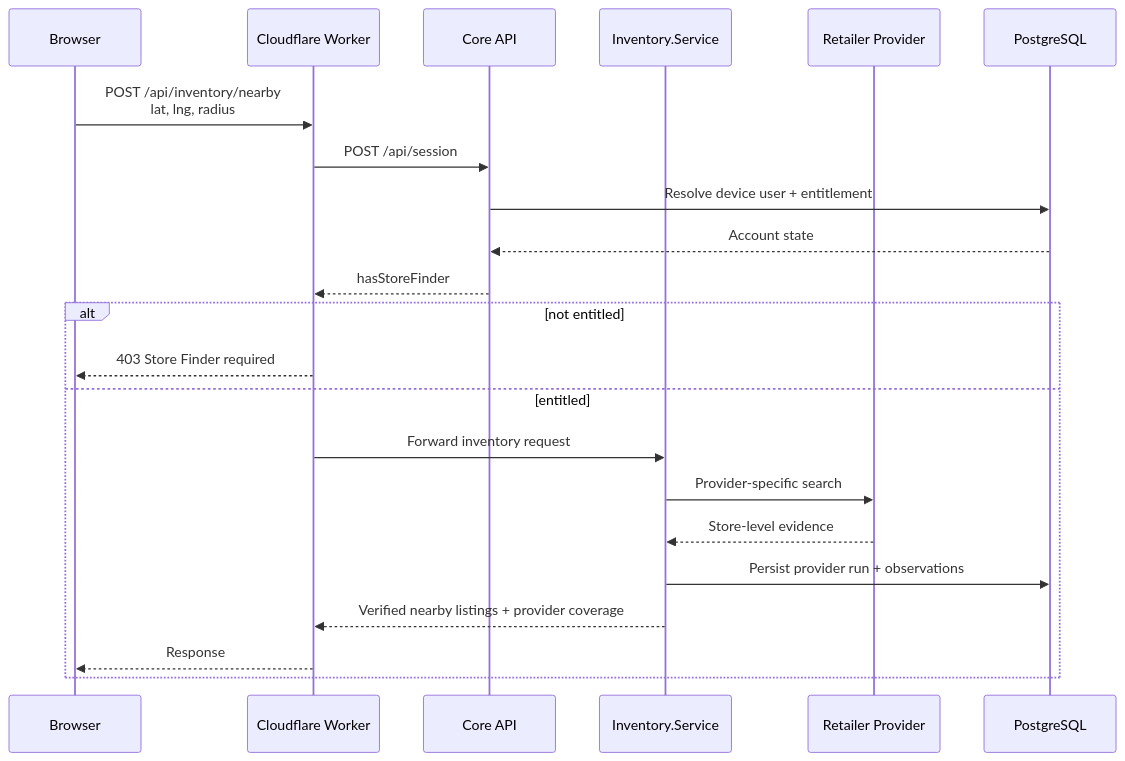
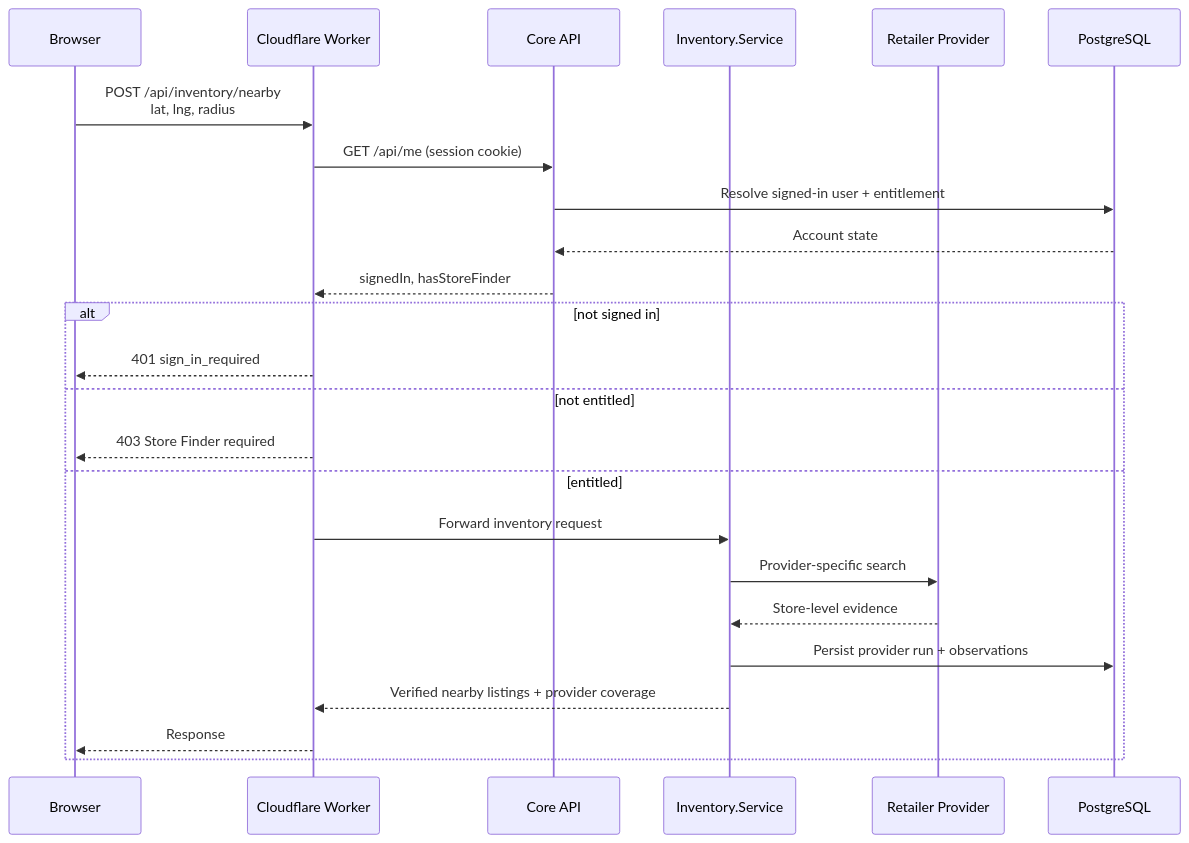
Before and after one commit to poker-kid-100717/tcg: the fourth of 5 diagrams in README.md, drawn with Mermaid. The commit also changed other lines of this file, not shown here.

````diff
--- a/README.md
+++ b/README.md
@@ -173,26 +175,28 @@
 ```mermaid
 sequenceDiagram
     participant B as Browser
     participant W as Cloudflare Worker
     participant C as Core API
     participant I as Inventory.Service
     participant R as Retailer Provider
     participant D as PostgreSQL
 
     B->>W: POST /api/inventory/nearby<br/>lat, lng, radius
-    W->>C: POST /api/session
-    C->>D: Resolve device user + entitlement
+    W->>C: GET /api/me (session cookie)
+    C->>D: Resolve signed-in user + entitlement
     D-->>C: Account state
-    C-->>W: hasStoreFinder
+    C-->>W: signedIn, hasStoreFinder
 
-    alt not entitled
+    alt not signed in
+        W-->>B: 401 sign_in_required
+    else not entitled
         W-->>B: 403 Store Finder required
     else entitled
         W->>I: Forward inventory request
         I->>R: Provider-specific search
         R-->>I: Store-level evidence
         I->>D: Persist provider run + observations
         I-->>W: Verified nearby listings + provider coverage
         W-->>B: Response
     end
 ```
````
